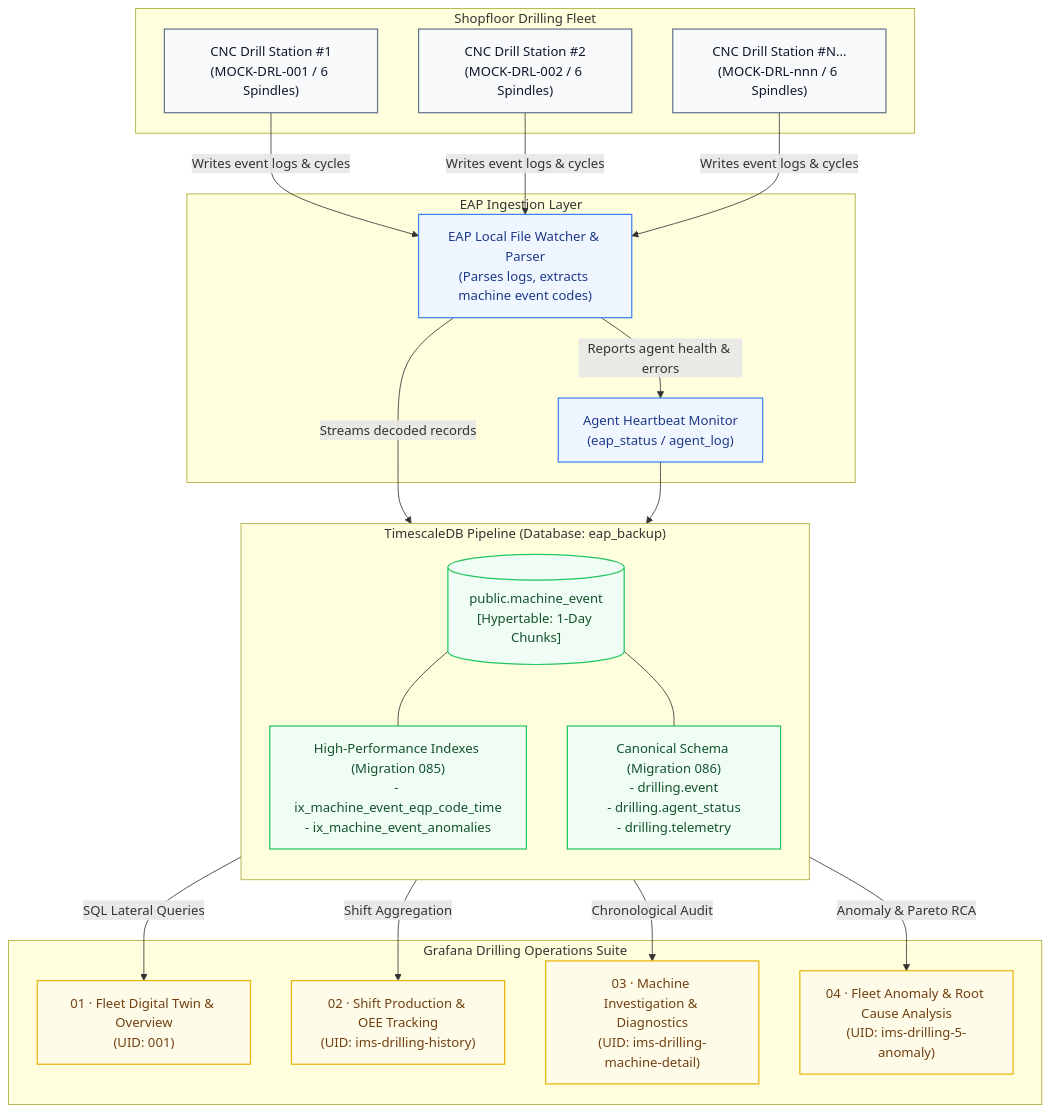
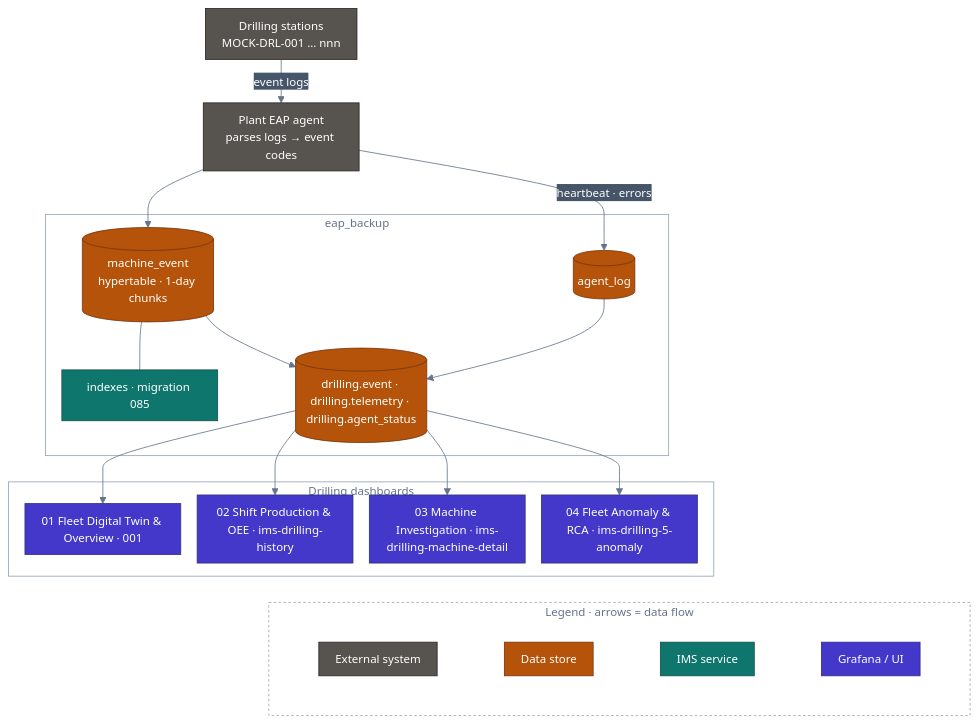
The first of 4 diagrams in docs/user/DRILLING_USER_MANUAL.md (PATTANAKORN025/IMS), drawn with Mermaid before and after one commit. The commit also changed other lines of this file and 84 other files, not shown here.

First line of the commit message:
docs(diagrams): one verified, accessible standard for every Mermaid diagram

````diff
--- a/docs/user/DRILLING_USER_MANUAL.md
+++ b/docs/user/DRILLING_USER_MANUAL.md
@@ -70,48 +70,51 @@
 ```mermaid
-flowchart TD
-    subgraph SHOPFLOOR[" Shopfloor Drilling Fleet "]
-        M1["CNC Drill Station #1<br/>(MOCK-DRL-001 / 6 Spindles)"]
-        M2["CNC Drill Station #2<br/>(MOCK-DRL-002 / 6 Spindles)"]
-        MN["CNC Drill Station #N...<br/>(MOCK-DRL-nnn / 6 Spindles)"]
+%%{init: {"flowchart": {"nodeSpacing": 20, "rankSpacing": 32, "padding": 10, "wrappingWidth": 150, "curve": "basis"}, "sequence": {"wrap": true, "width": 170, "actorMargin": 36, "boxMargin": 8, "noteMargin": 8, "messageMargin": 30, "mirrorActors": false}, "state": {"padding": 6}, "theme": "base", "themeVariables": {"fontFamily": "Inter, Segoe UI, Helvetica, Arial, sans-serif", "fontSize": "14px", "primaryColor": "#334155", "primaryTextColor": "#ffffff", "primaryBorderColor": "#1e293b", "lineColor": "#64748b", "textColor": "#64748b", "secondaryColor": "#475569", "tertiaryColor": "#f1f5f9", "clusterBkg": "transparent", "clusterBorder": "#94a3b8", "titleColor": "#64748b", "edgeLabelBackground": "#475569", "nodeTextColor": "#ffffff", "noteBkgColor": "#fef3c7", "noteTextColor": "#1e293b", "noteBorderColor": "#d97706", "actorBkg": "#334155", "actorTextColor": "#ffffff", "actorBorder": "#1e293b", "actorLineColor": "#94a3b8", "signalColor": "#64748b", "signalTextColor": "#64748b", "labelBoxBkgColor": "#334155", "labelBoxBorderColor": "#1e293b", "labelTextColor": "#ffffff", "loopTextColor": "#64748b", "activationBkgColor": "#e2e8f0", "sequenceNumberColor": "#ffffff", "stateLabelColor": "#ffffff", "compositeBackground": "transparent", "transitionColor": "#64748b", "transitionLabelColor": "#64748b"}}}%%
+flowchart TB
+  accTitle: Drilling data path
+  accDescr: Drilling stations write event logs that the plant EAP agent parses into machine_event in the eap_backup database; migrations 085 and 086 add indexes and the drilling.* views that the four drilling dashboards query.
+  M["Drilling stations<br/>MOCK-DRL-001 … nnn"]:::ext
+  AGENT["Plant EAP agent<br/>parses logs → event codes"]:::ext
+  subgraph DB["eap_backup"]
+    EV[("machine_event<br/>hypertable · 1-day chunks")]:::store
+    AL[("agent_log")]:::store
+    IX["indexes · migration 085"]:::app
+    VW[("drilling.event · drilling.telemetry · drilling.agent_status")]:::store
+  end
+  subgraph DASH["Drilling dashboards"]
+    D1["01 Fleet Digital Twin & Overview · 001"]:::viz
+    D2["02 Shift Production & OEE · ims-drilling-history"]:::viz
+    D3["03 Machine Investigation · ims-drilling-machine-detail"]:::viz
+    D4["04 Fleet Anomaly & RCA · ims-drilling-5-anomaly"]:::viz
+  end
+  M -->|"event logs"| AGENT
+  AGENT --> EV
+  AGENT -->|"heartbeat · errors"| AL
+  EV --- IX
+  EV --> VW
+  AL --> VW
+  VW --> D1
+  VW --> D2
+  VW --> D3
+  VW --> D4
+
+  subgraph LEGEND["Legend · arrows = data flow"]
+    direction TB
+    subgraph LEGEND_0[" "]
+      direction LR
+      LG_ext["External system"]:::ext ~~~ LG_store["Data store"]:::store ~~~ LG_app["IMS service"]:::app ~~~ LG_viz["Grafana / UI"]:::viz
     end
-
-    subgraph INGESTION[" EAP Ingestion Layer "]
-        AGENT["EAP Local File Watcher & Parser<br/>(Parses logs, extracts machine event codes)"]
-        STATUS_FEED["Agent Heartbeat Monitor<br/>(eap_status / agent_log)"]
-    end
-
-    subgraph STORAGE[" TimescaleDB Pipeline (Database: eap_backup) "]
-        direction TB
-        RAW_EVENT[("public.machine_event<br/>[Hypertable: 1-Day Chunks]")]
-        MIG085["High-Performance Indexes (Migration 085)<br/>- ix_machine_event_eqp_code_time<br/>- ix_machine_event_anomalies"]
-        VIEW_SCHEMA["Canonical Schema (Migration 086)<br/>- drilling.event<br/>- drilling.agent_status<br/>- drilling.telemetry"]
-        RAW_EVENT --- MIG085
-        RAW_EVENT --- VIEW_SCHEMA
-    end
-
-    subgraph VISUALIZATION[" Grafana Drilling Operations Suite "]
-        D1["01 · Fleet Digital Twin & Overview<br/>(UID: 001)"]
-        D2["02 · Shift Production & OEE Tracking<br/>(UID: ims-drilling-history)"]
-        D3["03 · Machine Investigation & Diagnostics<br/>(UID: ims-drilling-machine-detail)"]
-        D4["04 · Fleet Anomaly & Root Cause Analysis<br/>(UID: ims-drilling-5-anomaly)"]
-    end
-
-    M1 & M2 & MN -->|Writes event logs & cycles| AGENT
-    AGENT -->|Streams decoded records| RAW_EVENT
-    AGENT -->|Reports agent health & errors| STATUS_FEED
-    STATUS_FEED --> STORAGE
-    VIEW_SCHEMA -->|SQL Lateral Queries| D1
-    VIEW_SCHEMA -->|Shift Aggregation| D2
-    VIEW_SCHEMA -->|Chronological Audit| D3
-    VIEW_SCHEMA -->|Anomaly & Pareto RCA| D4
-
-    classDef shopStyle fill:#f8fafc,stroke:#64748b,stroke-width:1.5px,color:#0f172a;
-    classDef ingestStyle fill:#eff6ff,stroke:#3b82f6,stroke-width:1.5px,color:#1e3a8a;
-    classDef storageStyle fill:#f0fdf4,stroke:#22c55e,stroke-width:1.5px,color:#14532d;
-    classDef visualStyle fill:#fefce8,stroke:#eab308,stroke-width:1.5px,color:#713f12;
-
-    class M1,M2,MN shopStyle;
-    class AGENT,STATUS_FEED ingestStyle;
-    class RAW_EVENT,MIG085,VIEW_SCHEMA storageStyle;
-    class D1,D2,D3,D4 visualStyle;
+  end
+  D4 ~~~ LEGEND
+  style LEGEND fill:transparent,stroke:#94a3b8,stroke-dasharray:3 3
+  style LEGEND_0 fill:transparent,stroke:transparent
+  classDef actor fill:#475569,stroke:#1e293b,color:#ffffff,stroke-width:1px
+  classDef ext fill:#57534e,stroke:#292524,color:#ffffff,stroke-width:1px
+  classDef ingress fill:#1d4ed8,stroke:#1e3a8a,color:#ffffff,stroke-width:1px
+  classDef app fill:#0f766e,stroke:#134e4a,color:#ffffff,stroke-width:1px
+  classDef flow fill:#0e7490,stroke:#164e63,color:#ffffff,stroke-width:1px
+  classDef store fill:#b45309,stroke:#78350f,color:#ffffff,stroke-width:1px
+  classDef viz fill:#4338ca,stroke:#312e81,color:#ffffff,stroke-width:1px
+  classDef obs fill:#6d28d9,stroke:#4c1d95,color:#ffffff,stroke-width:1px
+  classDef notify fill:#b91c1c,stroke:#7f1d1d,color:#ffffff,stroke-width:1px
+  classDef future fill:#f8fafc,stroke:#94a3b8,color:#475569,stroke-width:1px,stroke-dasharray:4 3
 ```
````
